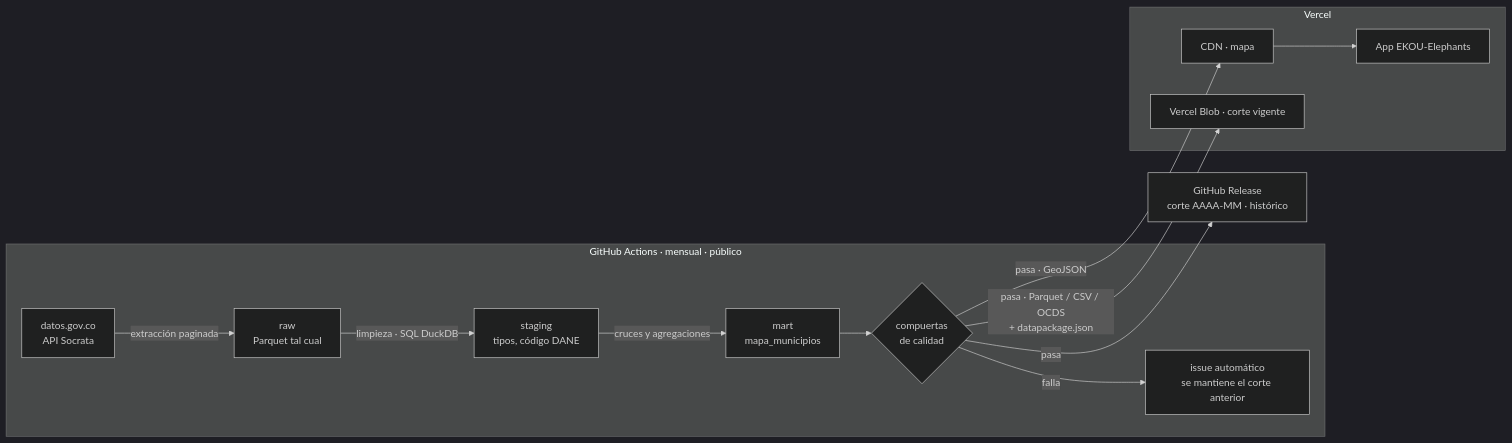
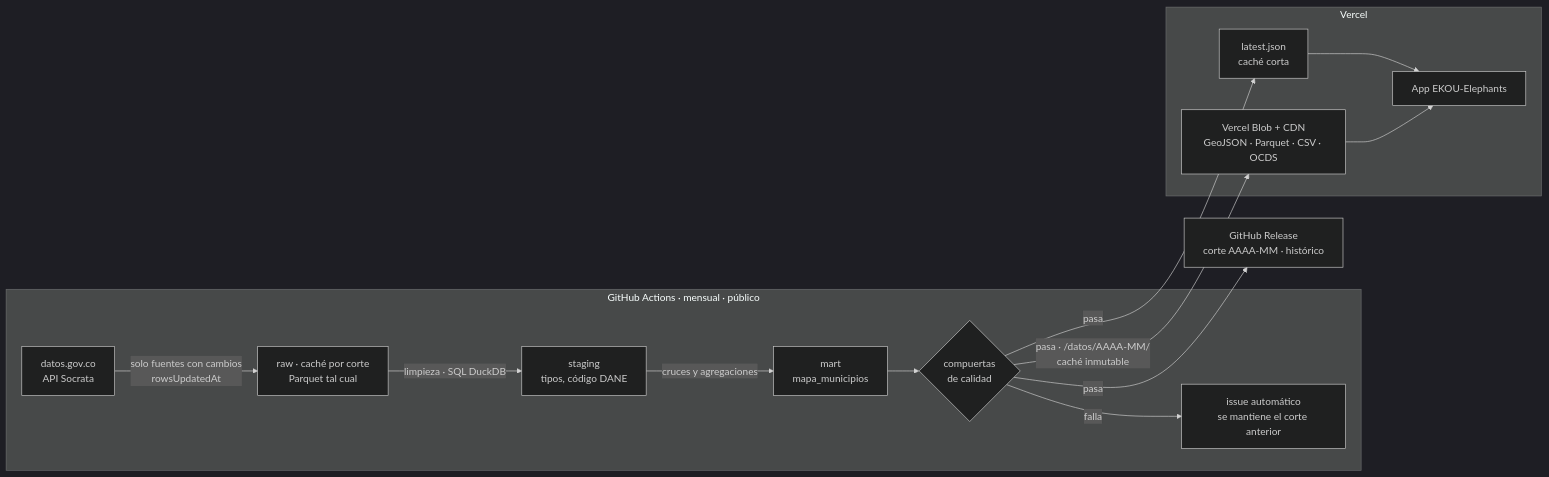
One commit to EKOU-Solutions/EKOU-Elephants changed the diagram in docs/adr/0001-ingesta-de-datos.md. Above: the diagram before and after it, drawn with Mermaid (dark theme). The commit also changed other lines of this file, not shown here.

First line of the commit message:
ADR 0001: agregar estrategia de caché

````diff
--- a/docs/adr/0001-ingesta-de-datos.md
+++ b/docs/adr/0001-ingesta-de-datos.md
@@ -157,16 +197,17 @@
 ```mermaid
 flowchart LR
   subgraph GH[GitHub Actions · mensual · público]
-    API[datos.gov.co<br/>API Socrata] -->|extracción paginada| RAW[raw<br/>Parquet tal cual]
+    API[datos.gov.co<br/>API Socrata] -->|solo fuentes con cambios<br/>rowsUpdatedAt| RAW[raw · caché por corte<br/>Parquet tal cual]
     RAW -->|limpieza · SQL DuckDB| STG[staging<br/>tipos, código DANE]
     STG -->|cruces y agregaciones| MART[mart<br/>mapa_municipios]
     MART --> QA{compuertas<br/>de calidad}
     QA -->|falla| ISSUE[issue automático<br/>se mantiene el corte anterior]
   end
   QA -->|pasa| REL[GitHub Release<br/>corte AAAA-MM · histórico]
   subgraph V[Vercel]
-    QA -->|pasa · GeoJSON| CDN[CDN · mapa]
-    QA -->|pasa · Parquet / CSV / OCDS<br/>+ datapackage.json| BLOB[Vercel Blob · corte vigente]
-    CDN --> APP[App EKOU-Elephants]
+    QA -->|pasa · /datos/AAAA-MM/<br/>caché inmutable| BLOB[Vercel Blob + CDN<br/>GeoJSON · Parquet · CSV · OCDS]
+    QA -->|pasa| LATEST[latest.json<br/>caché corta]
+    LATEST --> APP[App EKOU-Elephants]
+    BLOB --> APP
   end
 ```
````
